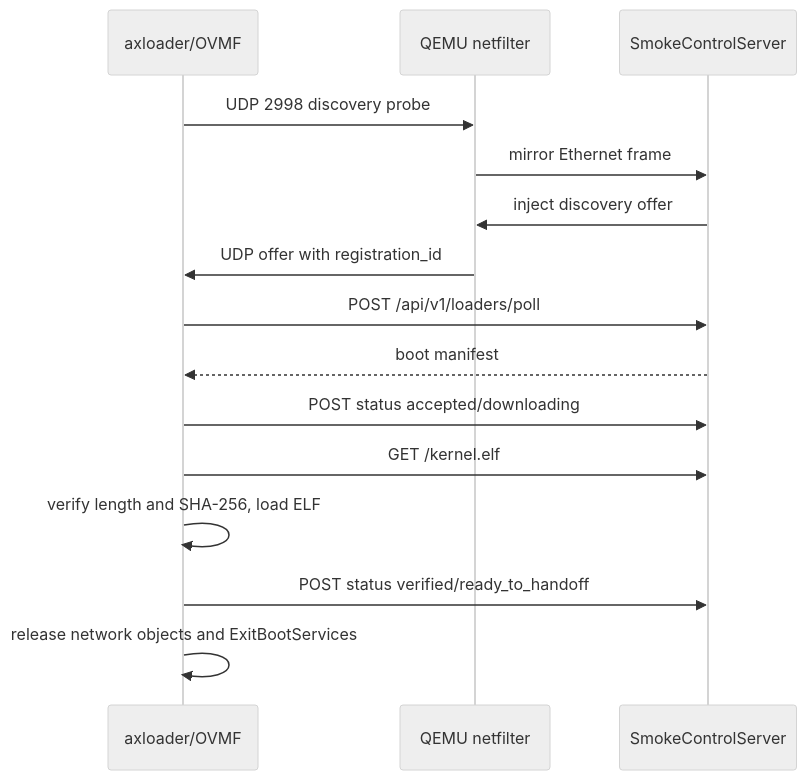
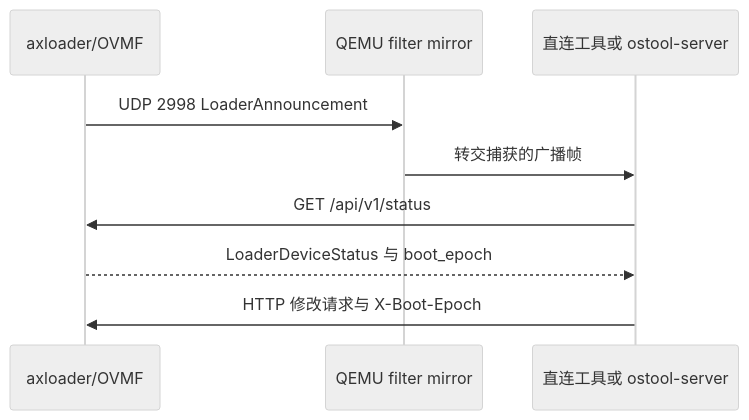
Before and after one commit to rcore-os/tgoskits: the diagram in docs/docs/build/axloader.md, drawn with Mermaid (neutral theme). The commit also changed other lines of this file and 14 other files, not shown here.

````diff
--- a/docs/docs/build/axloader.md
+++ b/docs/docs/build/axloader.md
@@ -28,18 +51,12 @@
 ```mermaid
 sequenceDiagram
-    participant A as axloader/OVMF
-    participant F as QEMU netfilter
-    participant S as SmokeControlServer
+    participant L as axloader/OVMF
+    participant F as QEMU filter mirror
+    participant C as 直连工具或 ostool-server
 
-    A->>F: UDP 2998 discovery probe
-    F->>S: mirror Ethernet frame
-    S->>F: inject discovery offer
-    F->>A: UDP offer with registration_id
-    A->>S: POST /api/v1/loaders/poll
-    S-->>A: boot manifest
-    A->>S: POST status accepted/downloading
-    A->>S: GET /kernel.elf
-    A->>A: verify length and SHA-256, load ELF
-    A->>S: POST status verified/ready_to_handoff
-    A->>A: release network objects and ExitBootServices
+    L->>F: UDP 2998 LoaderAnnouncement
+    F->>C: 转交捕获的广播帧
+    C->>L: GET /api/v1/status
+    L-->>C: LoaderDeviceStatus 与 boot_epoch
+    C->>L: HTTP 修改请求与 X-Boot-Epoch
 ```
````
